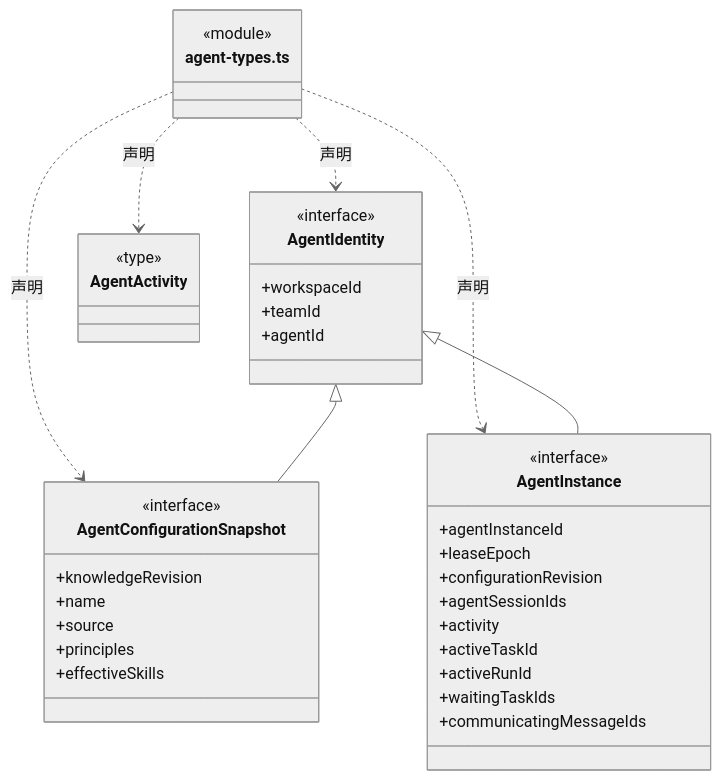
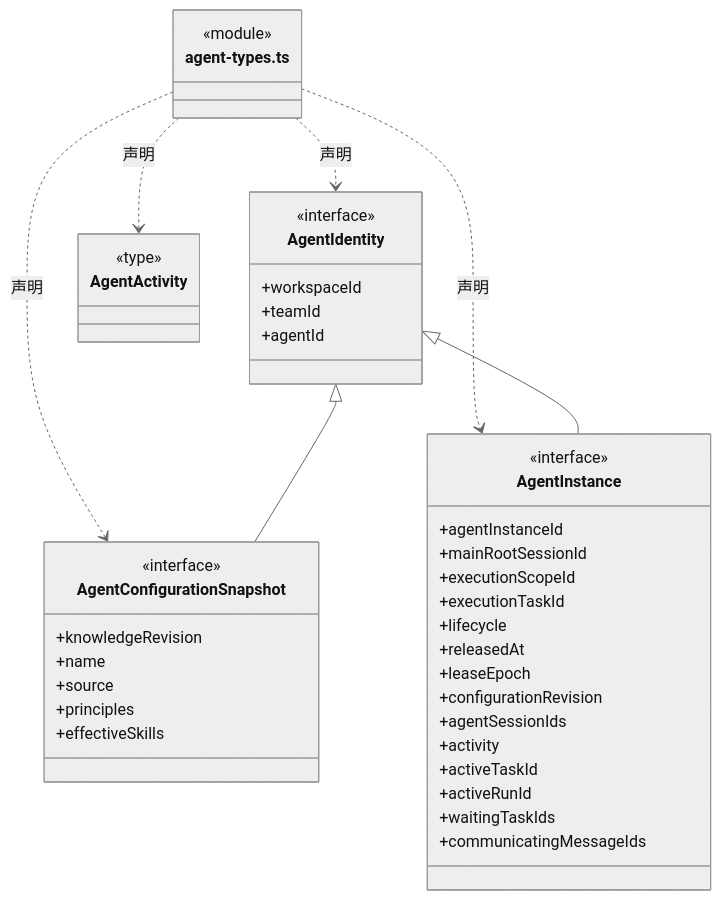
One commit to nan023062/cbim changed the first of 11 diagrams in src/backend/core/team/ARCHITECTURE.md. Above: the diagram before and after it, drawn with Mermaid (neutral theme). The commit also changed other lines of this file and 240 other files, not shown here.

````diff
--- a/src/backend/core/team/ARCHITECTURE.md
+++ b/src/backend/core/team/ARCHITECTURE.md
@@ -20,42 +22,47 @@
 ```mermaid
 classDiagram
 class N_src_backend_core_team_agent_types_ts["agent-types.ts"] {
   <<module>>
 }
 class N_src_backend_core_team_agent_types_ts_AgentIdentity["AgentIdentity"] {
   <<interface>>
   +workspaceId
   +teamId
   +agentId
 }
 N_src_backend_core_team_agent_types_ts ..> N_src_backend_core_team_agent_types_ts_AgentIdentity : 声明
 class N_src_backend_core_team_agent_types_ts_AgentConfigurationSnapshot["AgentConfigurationSnapshot"] {
   <<interface>>
   +knowledgeRevision
   +name
   +source
   +principles
   +effectiveSkills
 }
 N_src_backend_core_team_agent_types_ts ..> N_src_backend_core_team_agent_types_ts_AgentConfigurationSnapshot : 声明
 N_src_backend_core_team_agent_types_ts_AgentIdentity <|-- N_src_backend_core_team_agent_types_ts_AgentConfigurationSnapshot
 class N_src_backend_core_team_agent_types_ts_AgentActivity["AgentActivity"] {
   <<type>>
 
 }
 N_src_backend_core_team_agent_types_ts ..> N_src_backend_core_team_agent_types_ts_AgentActivity : 声明
 class N_src_backend_core_team_agent_types_ts_AgentInstance["AgentInstance"] {
   <<interface>>
   +agentInstanceId
+  +mainRootSessionId
+  +executionScopeId
+  +executionTaskId
+  +lifecycle
+  +releasedAt
   +leaseEpoch
   +configurationRevision
   +agentSessionIds
   +activity
   +activeTaskId
   +activeRunId
   +waitingTaskIds
   +communicatingMessageIds
 }
 N_src_backend_core_team_agent_types_ts ..> N_src_backend_core_team_agent_types_ts_AgentInstance : 声明
 N_src_backend_core_team_agent_types_ts_AgentIdentity <|-- N_src_backend_core_team_agent_types_ts_AgentInstance
 ```
````
